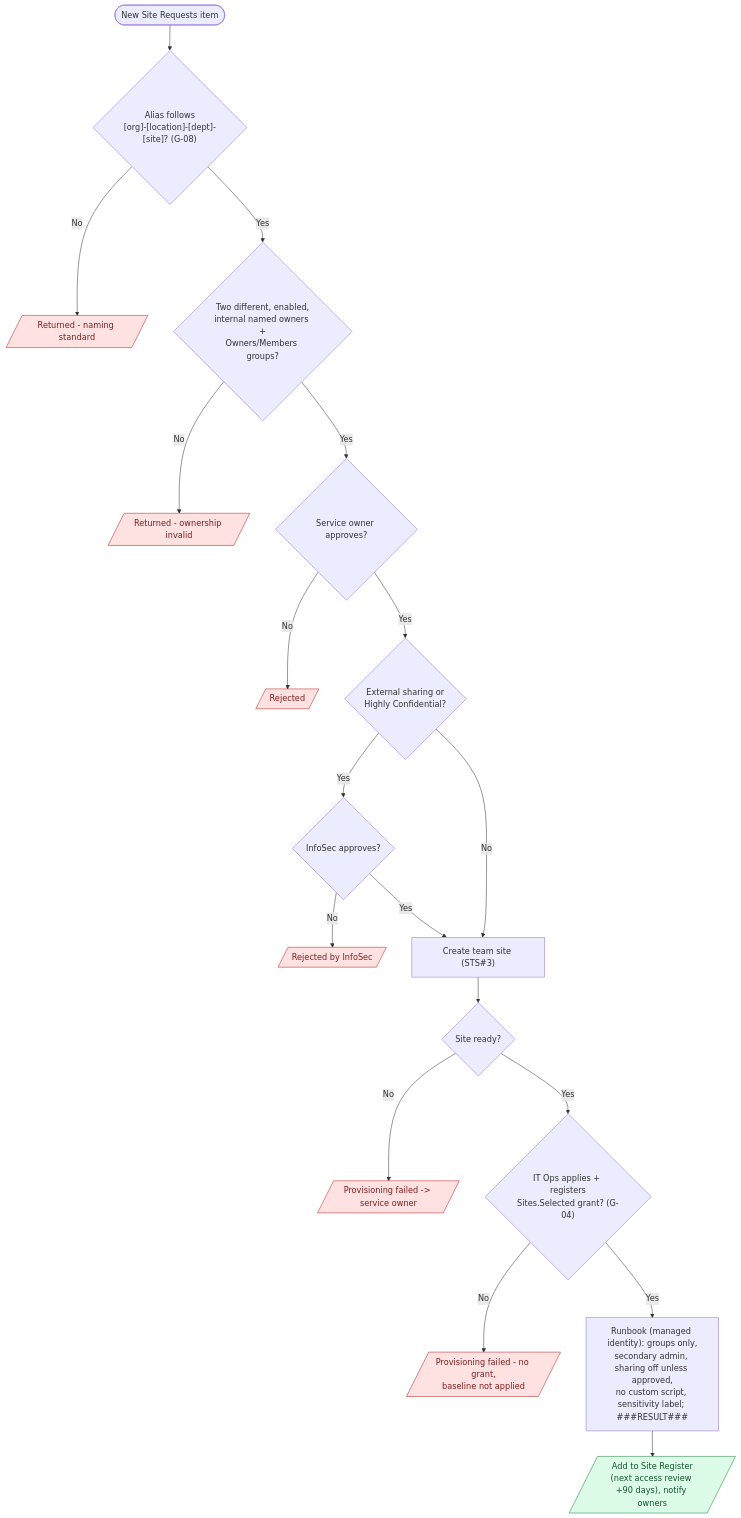
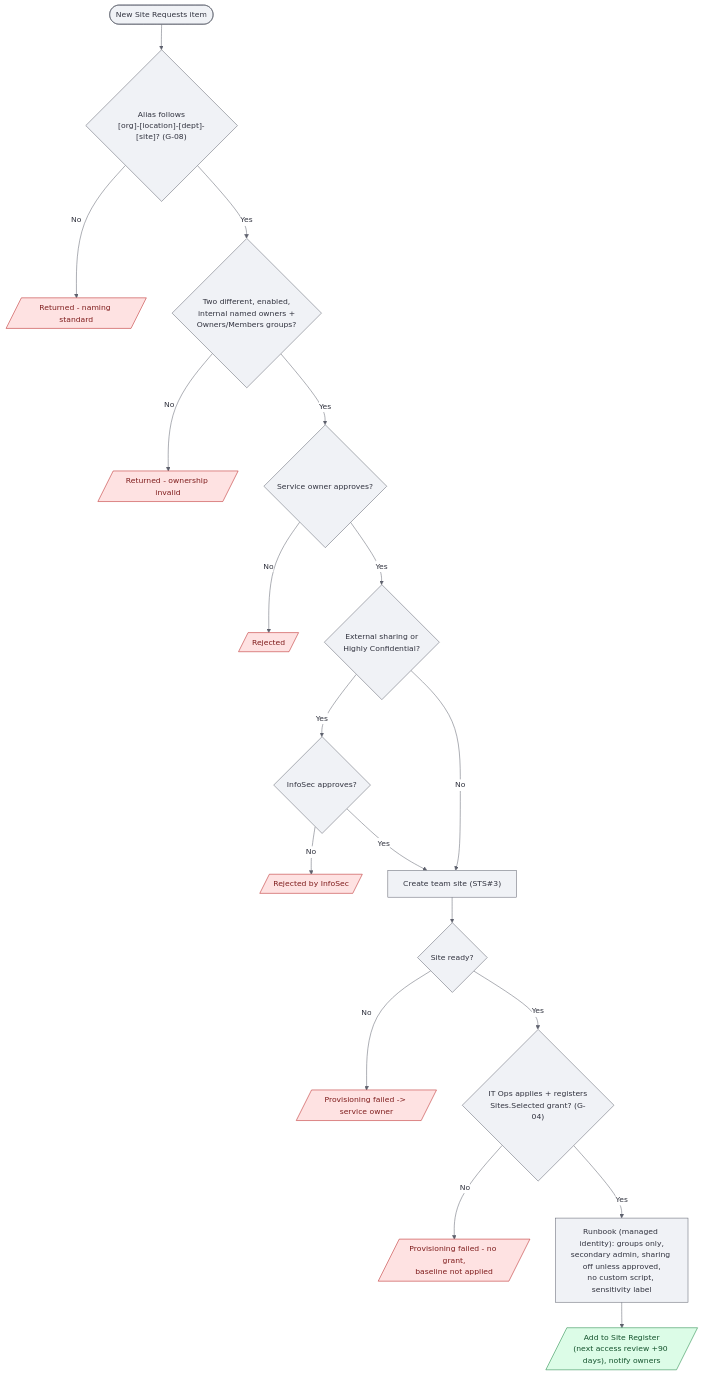
Before and after one commit to flinty-isd/Projects-hub: the fourth of 6 diagrams in solutions/SharePointGovernance/diagrams/governance-flows.md, drawn with Mermaid. The commit also changed other lines of this file and 1 other file, not shown here.

First line of the commit message:
Diagrams: readable layout, design-system styling, remove placeholder

````diff
--- a/solutions/SharePointGovernance/diagrams/governance-flows.md
+++ b/solutions/SharePointGovernance/diagrams/governance-flows.md
@@ -77,22 +80,23 @@
 ```mermaid
+%%{init: {'theme': 'base', 'themeVariables': {'fontFamily': 'Source Sans 3, Source Sans Pro, Segoe UI, sans-serif', 'fontSize': '15px', 'primaryColor': '#f0f2f6', 'primaryBorderColor': '#5e616d', 'primaryTextColor': '#31333f', 'lineColor': '#5e616d', 'clusterBkg': '#f8f9fb', 'clusterBorder': '#cdd0d8', 'edgeLabelBackground': '#ffffff', 'tertiaryColor': '#ffffff'}}}%%
 flowchart TD
   A([New Site Requests item]) --> NM{"Alias follows<br/>[org]-[location]-[dept]-[site]? (G-08)"}
   NM -->|No| XN[/"Returned - naming standard"/]:::bad
   NM -->|Yes| V{"Two different, enabled,<br/>internal named owners +<br/>Owners/Members groups?"}
   V -->|No| X[/"Returned - ownership invalid"/]:::bad
   V -->|Yes| SO{"Service owner approves?"}
   SO -->|No| R1[/"Rejected"/]:::bad
   SO -->|Yes| S{"External sharing or<br/>Highly Confidential?"}
   S -->|Yes| IS{"InfoSec approves?"}
   IS -->|No| R2[/"Rejected by InfoSec"/]:::bad
   IS -->|Yes| C
   S -->|No| C["Create team site (STS#3)"]
   C --> OK{"Site ready?"}
   OK -->|No| F[/"Provisioning failed -> service owner"/]:::bad
   OK -->|Yes| GT{"IT Ops applies + registers<br/>Sites.Selected grant? (G-04)"}
   GT -->|No| F2[/"Provisioning failed - no grant,<br/>baseline not applied"/]:::bad
-  GT -->|Yes| RB["Runbook (managed identity): groups only,<br/>secondary admin, sharing off unless approved,<br/>no custom script, sensitivity label; ###RESULT###"]
+  GT -->|Yes| RB["Runbook (managed identity): groups only,<br/>secondary admin, sharing off unless approved,<br/>no custom script, sensitivity label"]
   RB --> REG[/"Add to Site Register<br/>(next access review +90 days), notify owners"/]:::good
   classDef good fill:#dcfce7,stroke:#15803d,color:#14532d
   classDef bad fill:#fee2e2,stroke:#b91c1c,color:#7f1d1d
 ```
````
